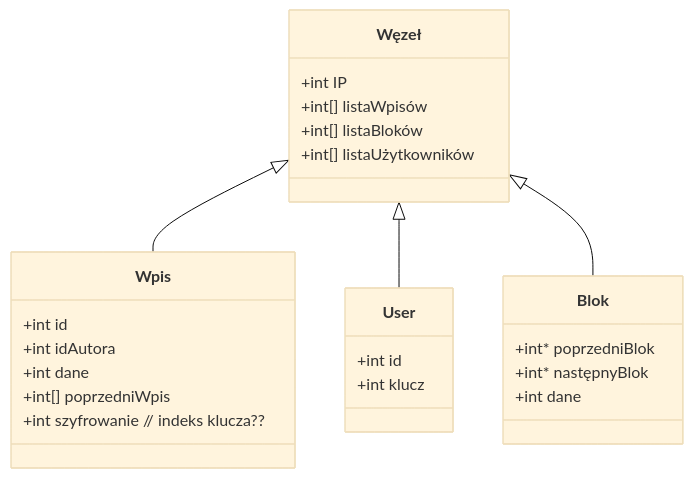
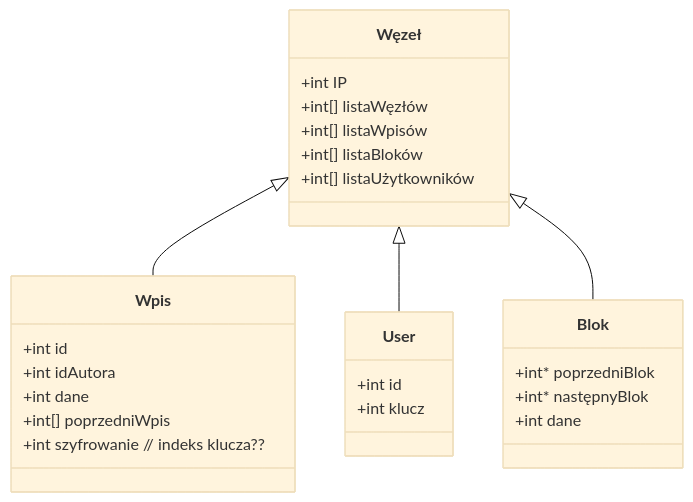
One commit to haniamak/GENERIC-BLOCKCHAIN changed the diagram in DIAGRAM.md. Above: the diagram before and after it, drawn with Mermaid (base theme).

````diff
--- a/DIAGRAM.md
+++ b/DIAGRAM.md
@@ -1,29 +1,30 @@
 ```mermaid
 
 classDiagram
     class Blok{
         +int* poprzedniBlok
         +int* następnyBlok
         +int dane
     }
     class Węzeł{
         +int IP
+        +int[] listaWęzłów
         +int[] listaWpisów
         +int[] listaBloków
         +int[] listaUżytkowników
     }
     class User{
         +int id
         +int klucz
     }
     class Wpis{
         +int id
         +int idAutora
         +int dane
         +int[] poprzedniWpis
         +int szyfrowanie // indeks klucza??
     }
     Węzeł <|-- Wpis
     Węzeł <|-- User
     Węzeł <|-- Blok
 ```
````
